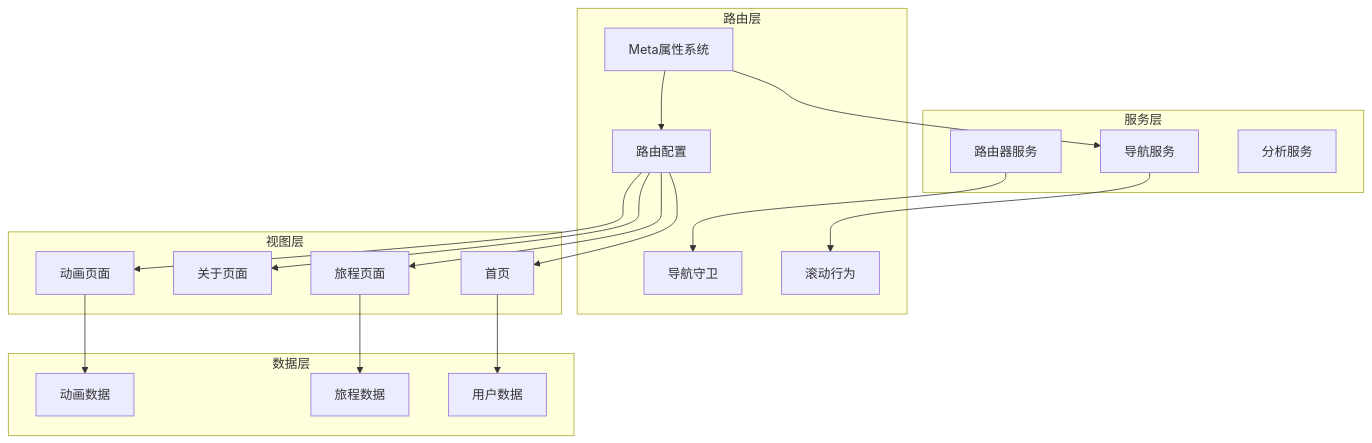
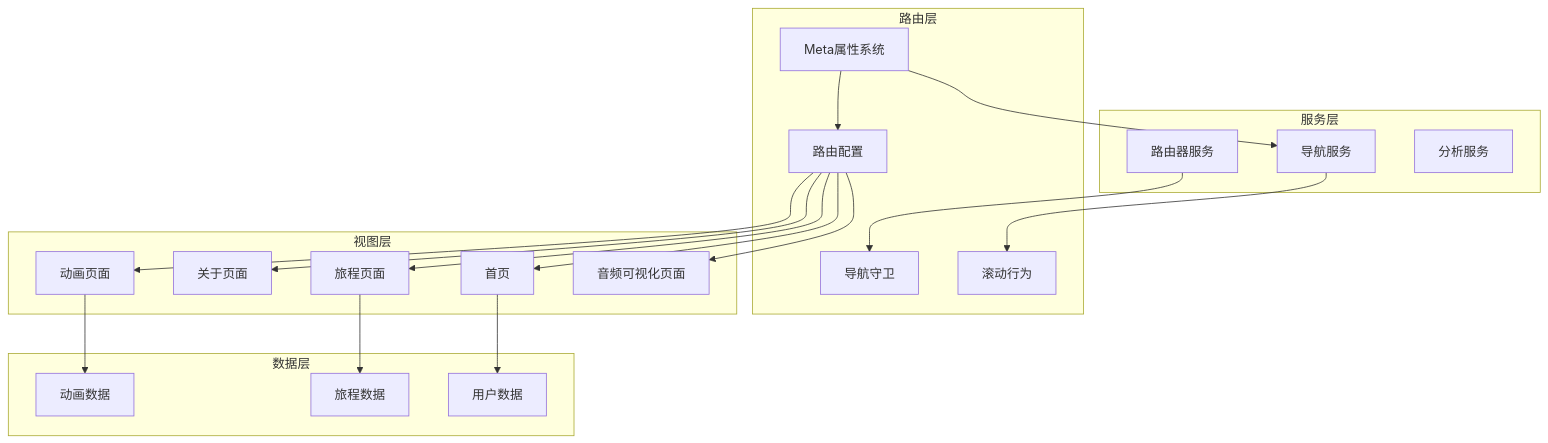
The fourth of 11 diagrams in .qoder/repowiki/zh/content/路由系统更新.md (yuyezhizhi/yuyezhizhi.github.io), drawn with Mermaid before and after one commit. The commit also changed other lines of this file and 6 other files, not shown here.

````diff
--- a/.qoder/repowiki/zh/content/路由系统更新.md
+++ b/.qoder/repowiki/zh/content/路由系统更新.md
@@ -159,36 +163,38 @@
 ```mermaid
 graph TB
 subgraph "路由层"
 RouteConfig[路由配置]
 MetaSystem[Meta属性系统]
 NavigationGuard[导航守卫]
 ScrollBehavior[滚动行为]
 end
 subgraph "视图层"
 HomePage[首页]
 AboutPage[关于页面]
 AnimationPages[动画页面]
 JourneyPages[旅程页面]
+AudioVisualization[音频可视化页面]
 end
 subgraph "数据层"
 AnimationData[动画数据]
 JourneyData[旅程数据]
 UserData[用户数据]
 end
 subgraph "服务层"
 RouterService[路由器服务]
 NavigationService[导航服务]
 AnalyticsService[分析服务]
 end
 RouteConfig --> HomePage
 RouteConfig --> AboutPage
 RouteConfig --> AnimationPages
 RouteConfig --> JourneyPages
+RouteConfig --> AudioVisualization
 AnimationPages --> AnimationData
 JourneyPages --> JourneyData
 HomePage --> UserData
 RouterService --> NavigationGuard
 NavigationService --> ScrollBehavior
 MetaSystem --> RouteConfig
 MetaSystem --> NavigationService
 ```
````
